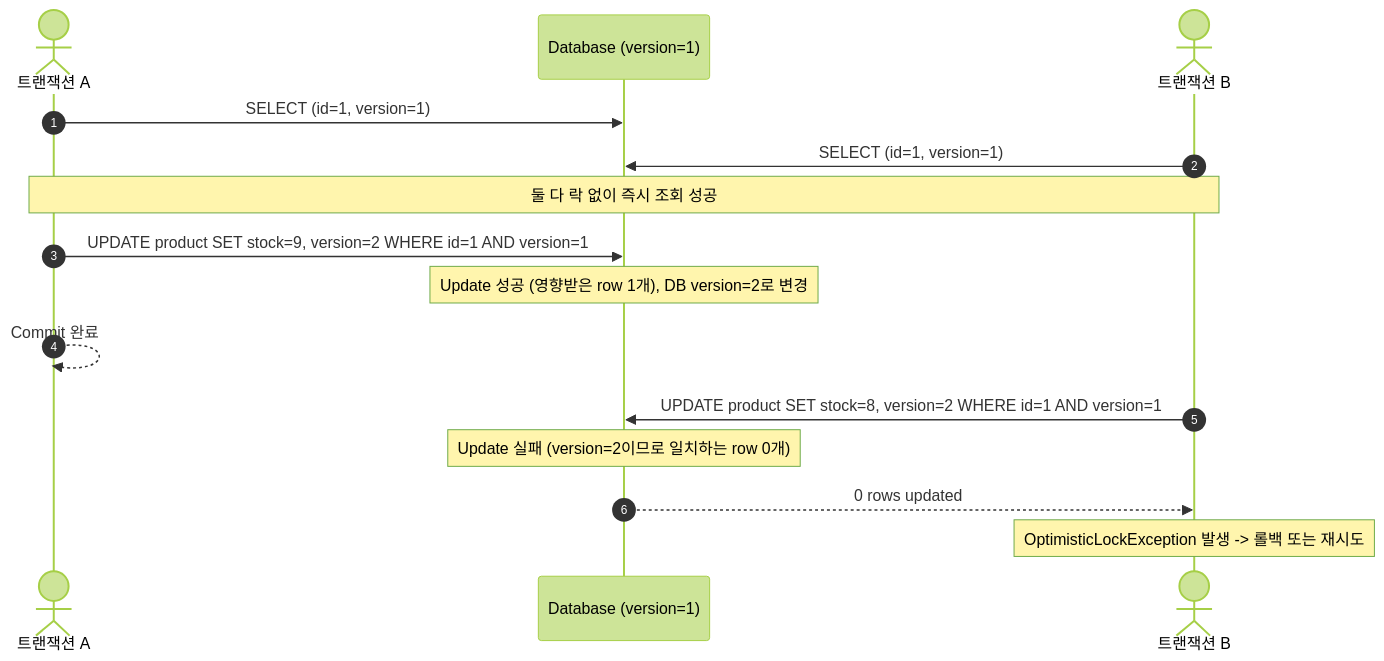
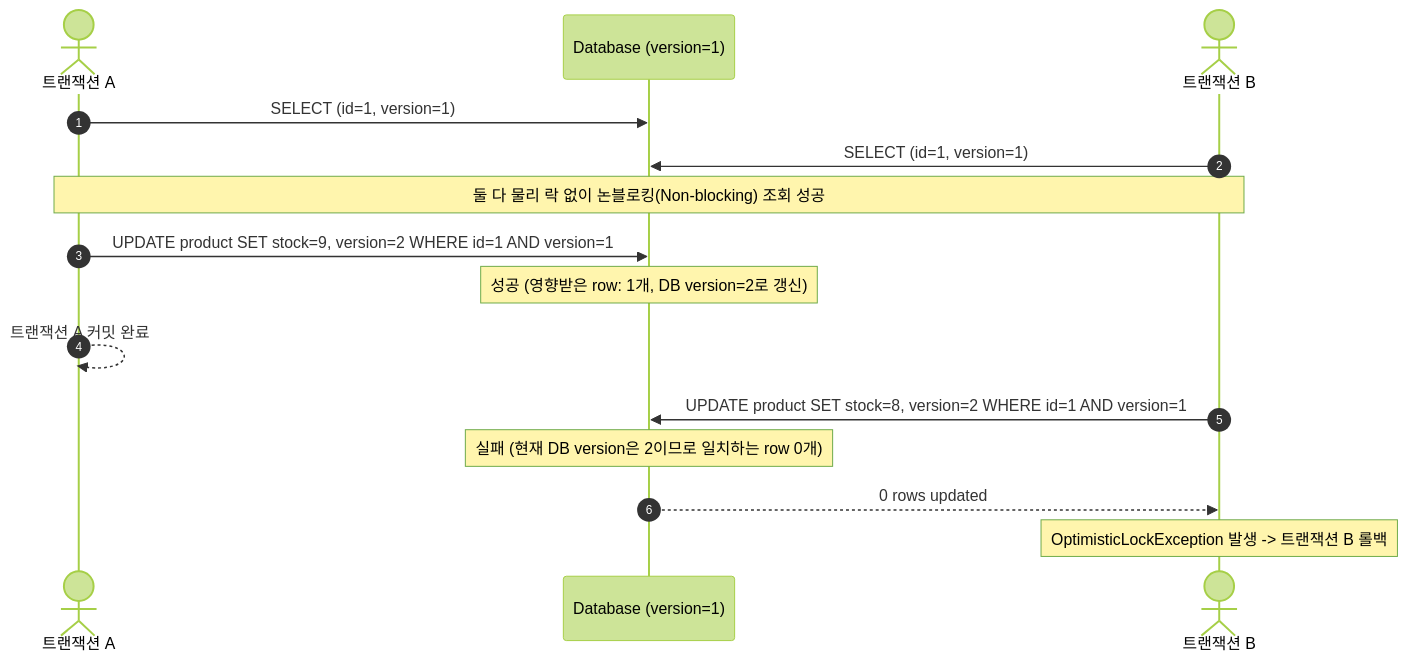
Before and after one commit to DevDooly/TIL: the third of 4 diagrams in docs/Data/Database/Locking_Strategy.md, drawn with Mermaid (forest theme). The commit also changed other lines of this file and 2 other files, not shown here.

````diff
--- a/docs/Data/Database/Locking_Strategy.md
+++ b/docs/Data/Database/Locking_Strategy.md
@@ -94,20 +128,20 @@
 ```mermaid
 sequenceDiagram
     autonumber
     actor T1 as 트랜잭션 A
     participant DB as Database (version=1)
     actor T2 as 트랜잭션 B
 
     T1->>DB: SELECT (id=1, version=1)
     T2->>DB: SELECT (id=1, version=1)
-    Note over T1,T2: 둘 다 락 없이 즉시 조회 성공
+    Note over T1,T2: 둘 다 물리 락 없이 논블로킹(Non-blocking) 조회 성공
 
-    T1->>DB: UPDATE product SET stock=9, version=2 WHERE id=1 AND version=1
-    Note over DB: Update 성공 (영향받은 row 1개), DB version=2로 변경
-    T1-->>T1: Commit 완료
+    T1->>DB: UPDATE product SET stock=9, version=2 WHERE id=1 AND version=1;
+    Note over DB: 성공 (영향받은 row: 1개, DB version=2로 갱신)
+    T1-->>T1: 트랜잭션 A 커밋 완료
 
-    T2->>DB: UPDATE product SET stock=8, version=2 WHERE id=1 AND version=1
-    Note over DB: Update 실패 (version=2이므로 일치하는 row 0개)
+    T2->>DB: UPDATE product SET stock=8, version=2 WHERE id=1 AND version=1;
+    Note over DB: 실패 (현재 DB version은 2이므로 일치하는 row 0개)
     DB-->>T2: 0 rows updated
-    Note over T2: OptimisticLockException 발생 -> 롤백 또는 재시도
+    Note over T2: OptimisticLockException 발생 -> 트랜잭션 B 롤백
 ```
````
